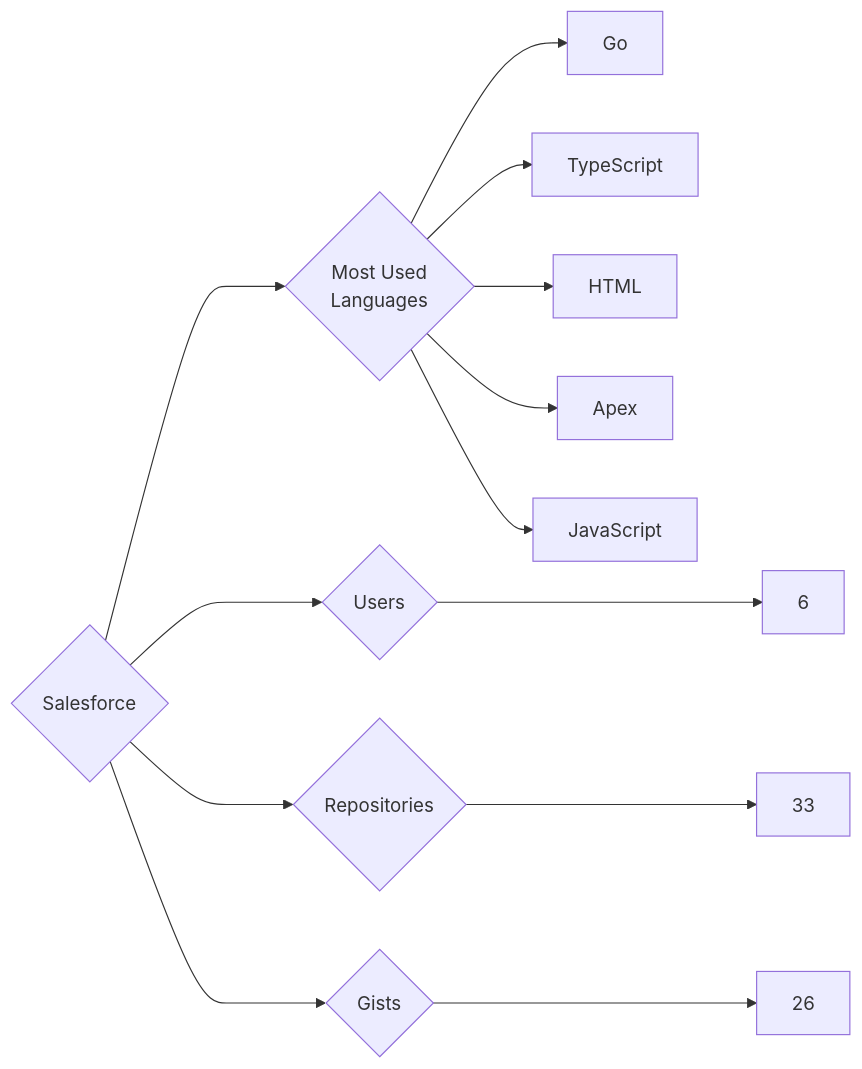
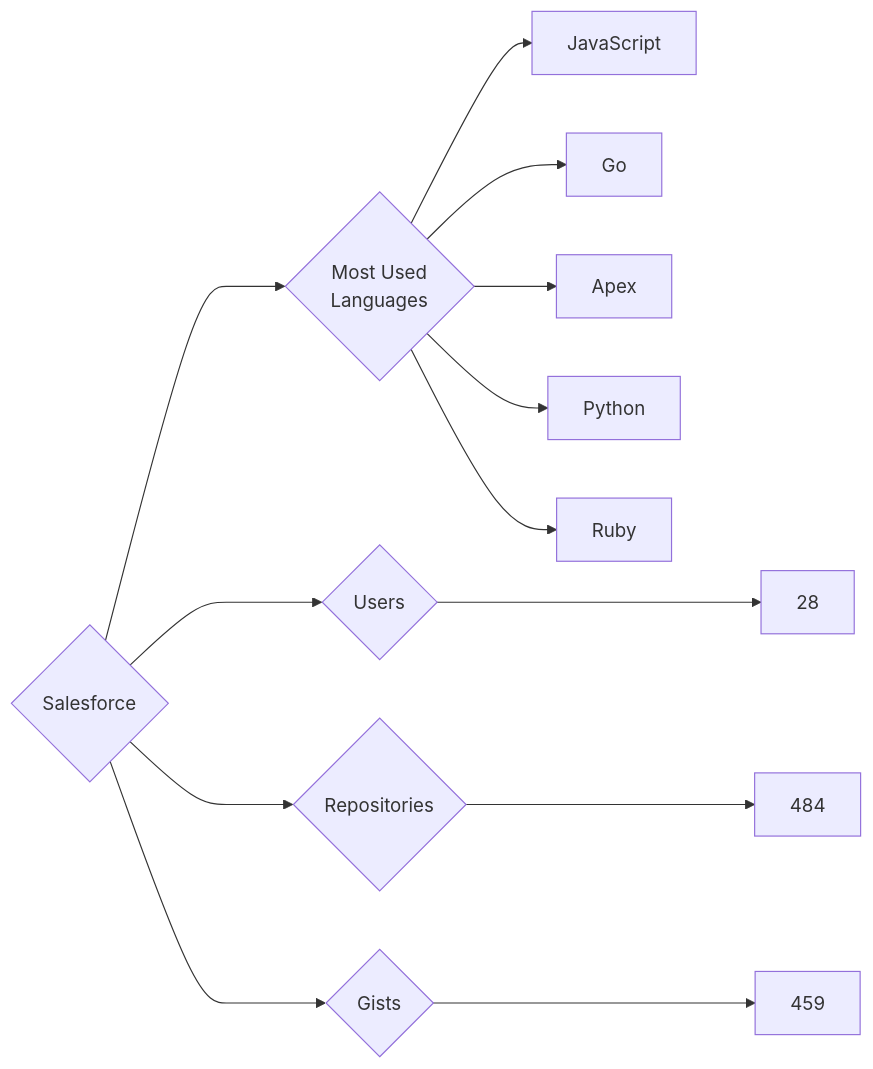
One commit to trickest/insiders changed the diagram in targets/Salesforce/README.md. Above: the diagram before and after it, drawn with Mermaid. The commit also changed 964 other files, not shown here.

````diff
--- a/targets/Salesforce/README.md
+++ b/targets/Salesforce/README.md
@@ -3,13 +3,13 @@
 ```mermaid
 graph LR
 COMPANY_NAME{Salesforce}
-COMPANY_NAME ---> U{Users} ---> UN[6]
-COMPANY_NAME ---> R{Repositories} ---> RN[33]
-COMPANY_NAME ---> G{Gists} ---> GN[26]
+COMPANY_NAME ---> U{Users} ---> UN[28]
+COMPANY_NAME ---> R{Repositories} ---> RN[484]
+COMPANY_NAME ---> G{Gists} ---> GN[459]
 COMPANY_NAME ---> ML{Most Used<br>Languages}
+ML --> JavaScript[JavaScript]
 ML --> Go[Go]
-ML --> TypeScript[TypeScript]
-ML --> HTML[HTML]
 ML --> Apex[Apex]
-ML --> JavaScript[JavaScript]
+ML --> Python[Python]
+ML --> Ruby[Ruby]
 ```
````
